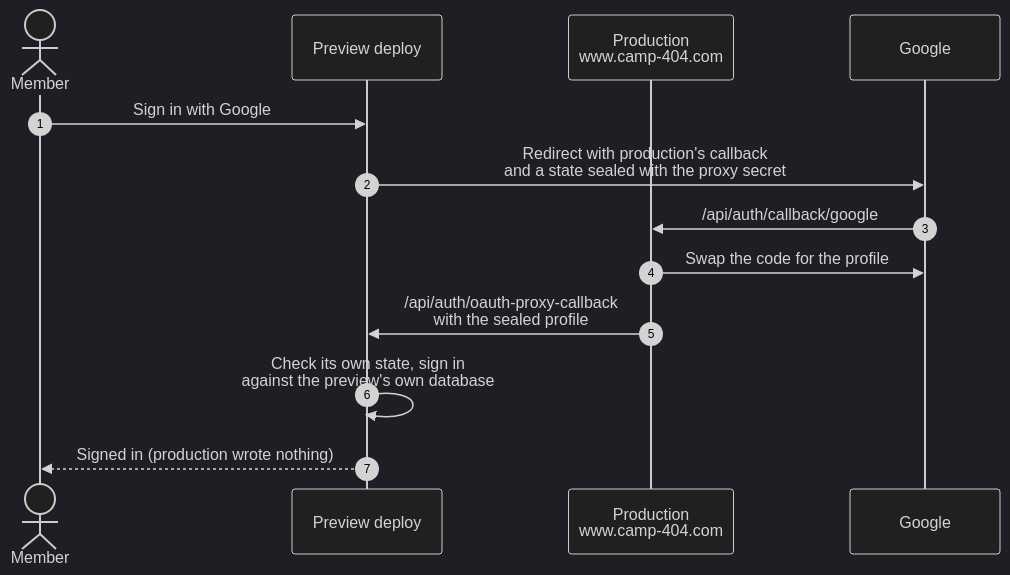
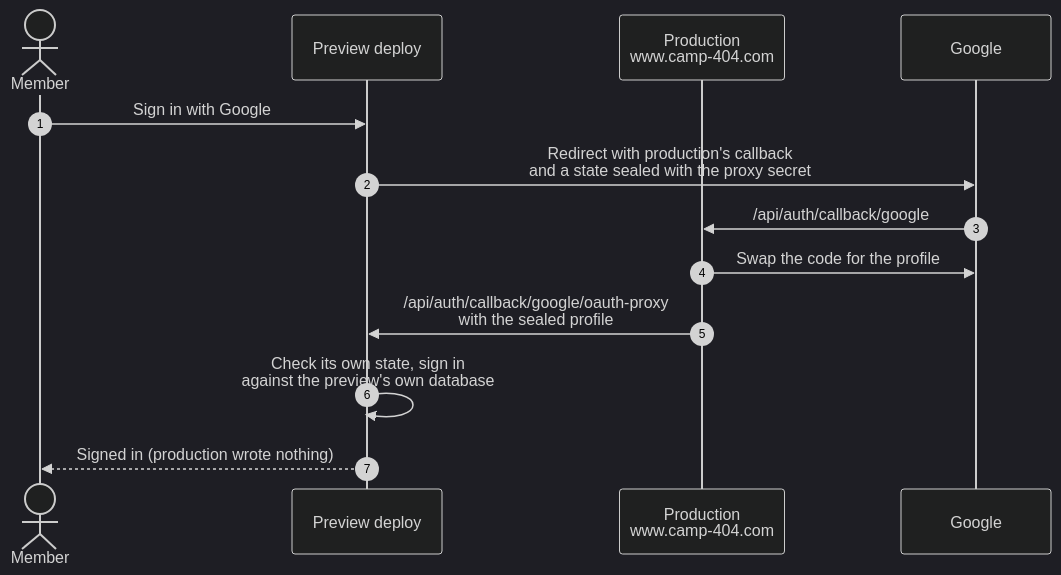
One commit to RyRy79261/camp-404 changed the fourth of 6 diagrams in docs/architecture.md. Above: the diagram before and after it, drawn with Mermaid (dark theme). The commit also changed 189 other files, not shown here.

````diff
--- a/docs/architecture.md
+++ b/docs/architecture.md
@@ -114,15 +114,15 @@
 ```mermaid
 sequenceDiagram
   autonumber
   actor M as Member
   participant P as Preview deploy
   participant Prod as Production<br/>www.camp-404.com
   participant G as Google
   M->>P: Sign in with Google
   P->>G: Redirect with production's callback<br/>and a state sealed with the proxy secret
   G->>Prod: /api/auth/callback/google
   Prod->>G: Swap the code for the profile
-  Prod->>P: /api/auth/oauth-proxy-callback<br/>with the sealed profile
+  Prod->>P: /api/auth/callback/google/oauth-proxy<br/>with the sealed profile
   P->>P: Check its own state, sign in<br/>against the preview's own database
   P-->>M: Signed in (production wrote nothing)
 ```
````
